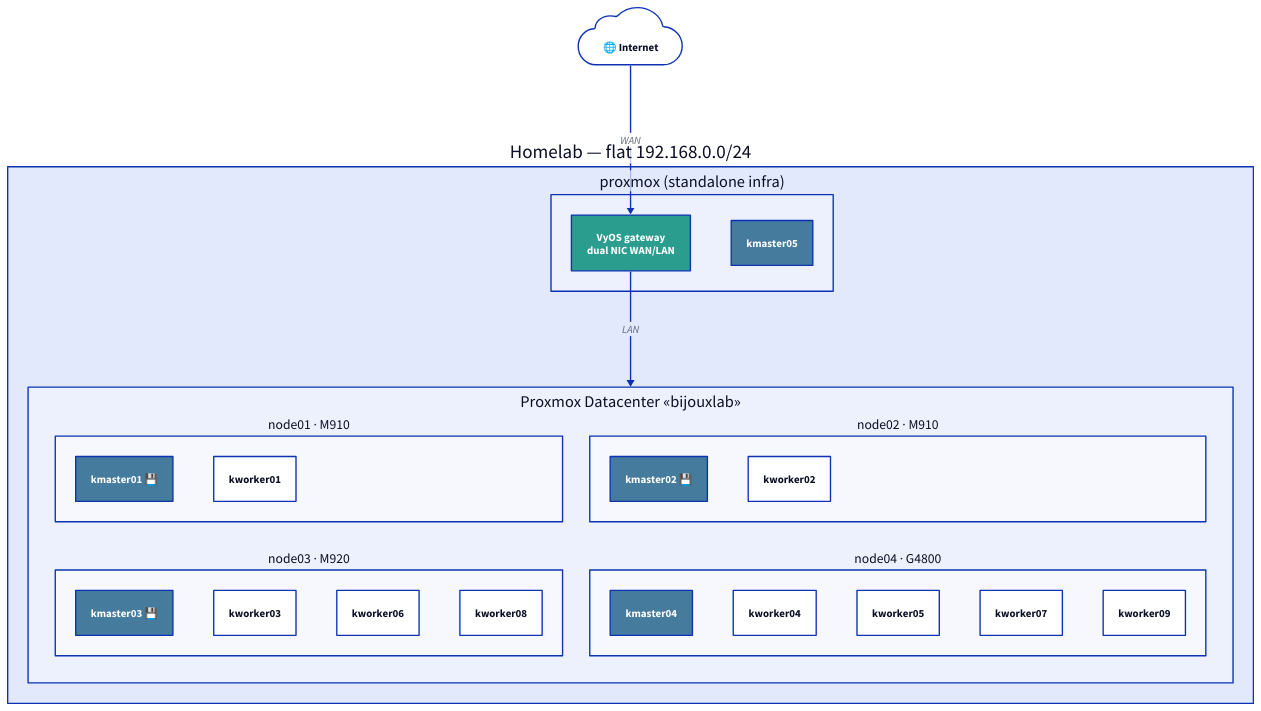
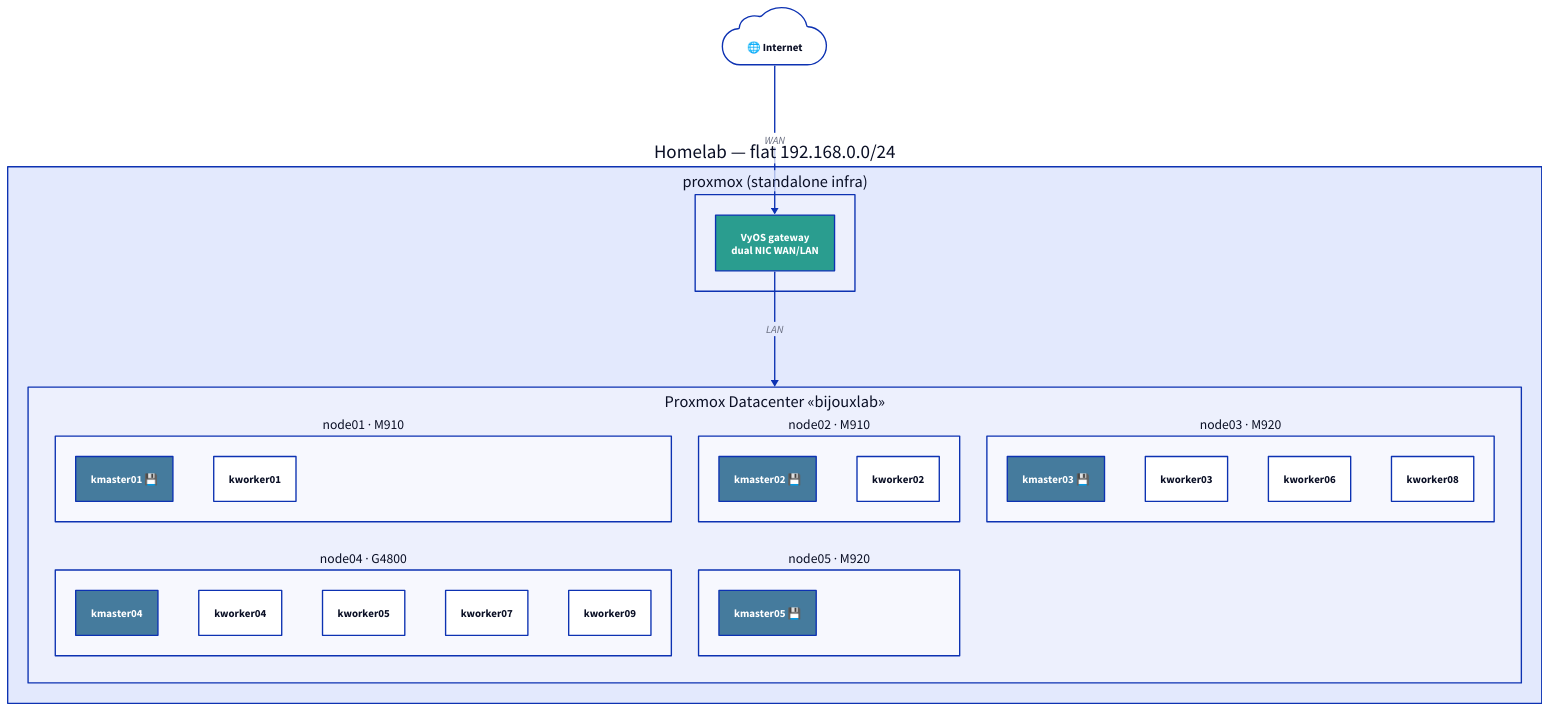
Before and after one commit to AngelobRSA/k3s_selfhosted: the diagram in docs/topology.d2, drawn with D2. The commit also changed 21 other files, not shown here.

First line of the commit message:
Refresh README architecture

```diff
--- a/docs/topology.d2
+++ b/docs/topology.d2
@@ -1,44 +1,46 @@
 direction: down
 
 internet: 🌐 Internet {shape: cloud}
 
 homelab: Homelab — flat 192.168.0.0/24 {
   px: proxmox (standalone infra) {
     vyos: VyOS gateway\ndual NIC WAN/LAN {
       style.fill: "#2a9d8f"
       style.font-color: "#ffffff"
     }
-    m5: kmaster05 {style.fill: "#457b9d"; style.font-color: "#ffffff"}
   }
 
   dc: Proxmox Datacenter «bijouxlab» {
     grid-rows: 2
-    grid-columns: 2
+    grid-columns: 3
     grid-gap: 40
     n1: node01 · M910 {
       m1: kmaster01 💾 {style.fill: "#457b9d"; style.font-color: "#ffffff"}
       w1: kworker01
     }
     n2: node02 · M910 {
       m2: kmaster02 💾 {style.fill: "#457b9d"; style.font-color: "#ffffff"}
       w2: kworker02
     }
     n3: node03 · M920 {
       m3: kmaster03 💾 {style.fill: "#457b9d"; style.font-color: "#ffffff"}
       w3: kworker03
       w6: kworker06
       w8: kworker08
     }
     n4: node04 · G4800 {
       m4: kmaster04 {style.fill: "#457b9d"; style.font-color: "#ffffff"}
       w4: kworker04
       w5: kworker05
       w7: kworker07
       w9: kworker09
     }
+    n5: node05 · M920 {
+      m5: kmaster05 💾 {style.fill: "#457b9d"; style.font-color: "#ffffff"}
+    }
   }
 
   px.vyos -> dc: LAN
 }
 
 internet -> homelab.px.vyos: WAN
```
